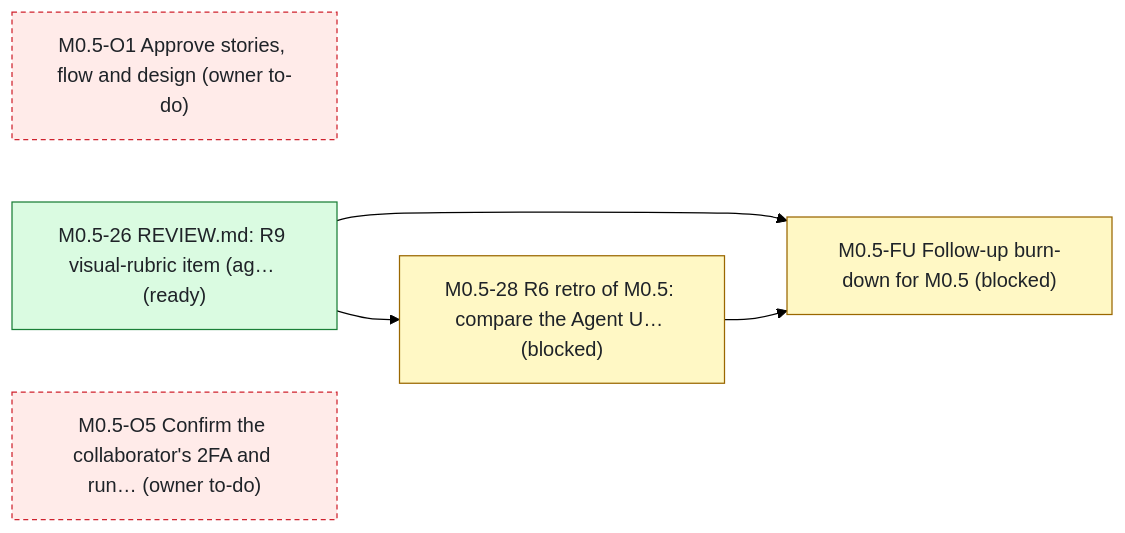
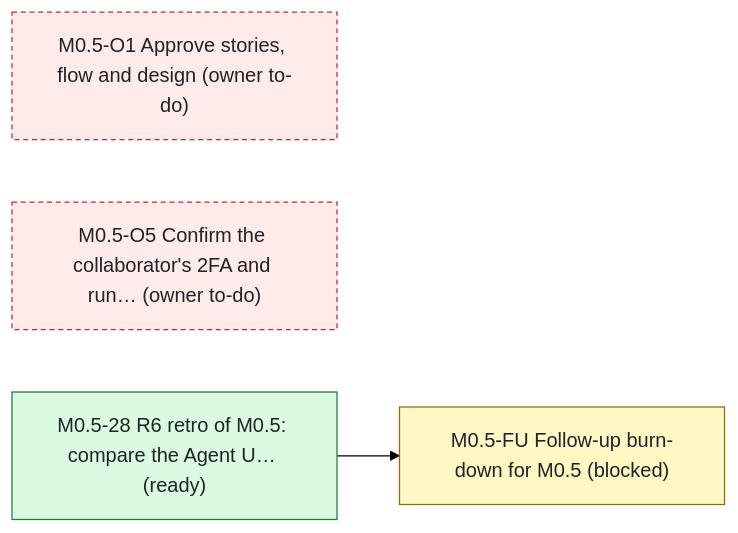
Before and after one commit to bondo/listicles2: the first of 3 diagrams in status.md, drawn with Mermaid (forest theme). The commit also changed other lines of this file and 2 other files, not shown here.

````diff
--- a/status.md
+++ b/status.md
@@ -110,16 +110,13 @@
 ```mermaid
 flowchart LR
     n0["M0.5-FU Follow-up burn-down for M0.5 (blocked)"]:::blocked
     n1["M0.5-O1 Approve stories, flow and design (owner to-do)"]:::owner
-    n2["M0.5-26 REVIEW.md: R9 visual-rubric item (ag… (ready)"]:::ready
-    n3["M0.5-O5 Confirm the collaborator's 2FA and run… (owner to-do)"]:::owner
-    n4["M0.5-28 R6 retro of M0.5: compare the Agent U… (blocked)"]:::blocked
-    n2 --> n0
-    n4 --> n0
-    n2 --> n4
+    n2["M0.5-O5 Confirm the collaborator's 2FA and run… (owner to-do)"]:::owner
+    n3["M0.5-28 R6 retro of M0.5: compare the Agent U… (ready)"]:::ready
+    n3 --> n0
     classDef ready fill:#dafbe1,stroke:#1a7f37,color:#1f2328
     classDef progress fill:#ddf4ff,stroke:#0969da,color:#1f2328
     classDef blocked fill:#fff8c5,stroke:#9a6700,color:#1f2328
     classDef owner fill:#ffebe9,stroke:#cf222e,color:#1f2328,stroke-dasharray:4 3
     classDef ext fill:#eaeef2,stroke:#59636e,color:#1f2328,stroke-dasharray:2 2
 ```
````
